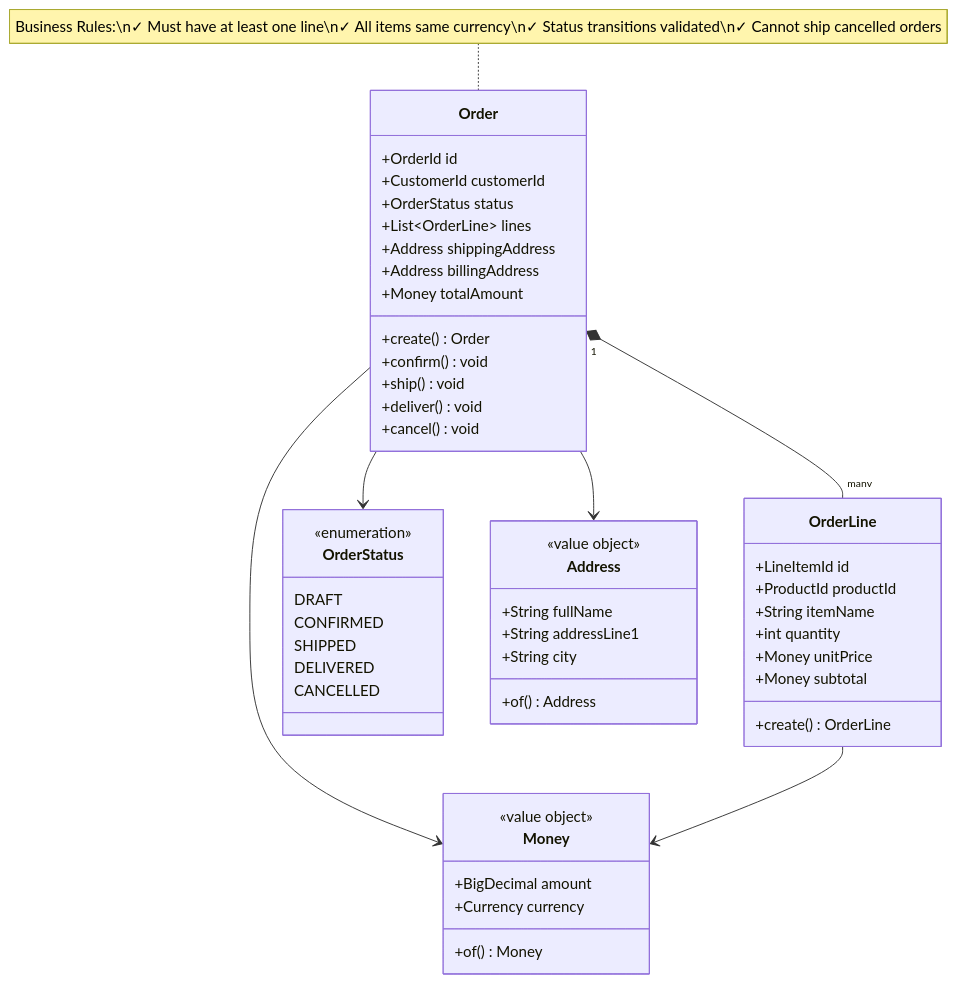
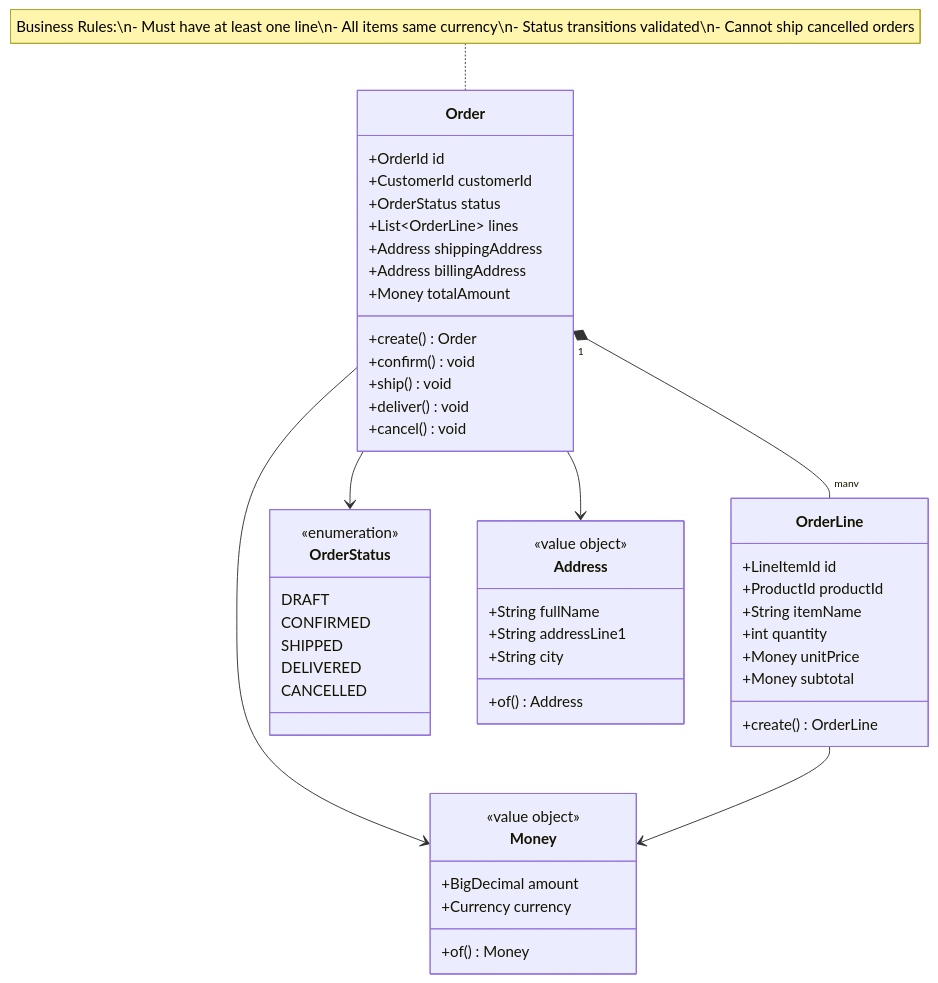
Before and after one commit to bala-elangovan/order-service: the second of 4 diagrams in README.md, drawn with Mermaid. The commit also changed other lines of this file and 23 other files, not shown here.

````diff
--- a/README.md
+++ b/README.md
@@ -121,59 +121,59 @@
 ```mermaid
 classDiagram
     class Order {
         +OrderId id
         +CustomerId customerId
         +OrderStatus status
         +List~OrderLine~ lines
         +Address shippingAddress
         +Address billingAddress
         +Money totalAmount
         +create() Order
         +confirm() void
         +ship() void
         +deliver() void
         +cancel() void
     }
 
     class OrderLine {
         +LineItemId id
         +ProductId productId
         +String itemName
         +int quantity
         +Money unitPrice
         +Money subtotal
         +create() OrderLine
     }
 
     class OrderStatus {
         <<enumeration>>
         DRAFT
         CONFIRMED
         SHIPPED
         DELIVERED
         CANCELLED
     }
 
     class Money {
         <<value object>>
         +BigDecimal amount
         +Currency currency
         +of() Money
     }
 
     class Address {
         <<value object>>
         +String fullName
         +String addressLine1
         +String city
         +of() Address
     }
 
     Order "1" *-- "many" OrderLine
     Order --> OrderStatus
     Order --> Money
     Order --> Address
     OrderLine --> Money
 
-    note for Order "Business Rules:\n✓ Must have at least one line\n✓ All items same currency\n✓ Status transitions validated\n✓ Cannot ship cancelled orders"
+    note for Order "Business Rules:\n- Must have at least one line\n- All items same currency\n- Status transitions validated\n- Cannot ship cancelled orders"
 ```
````
